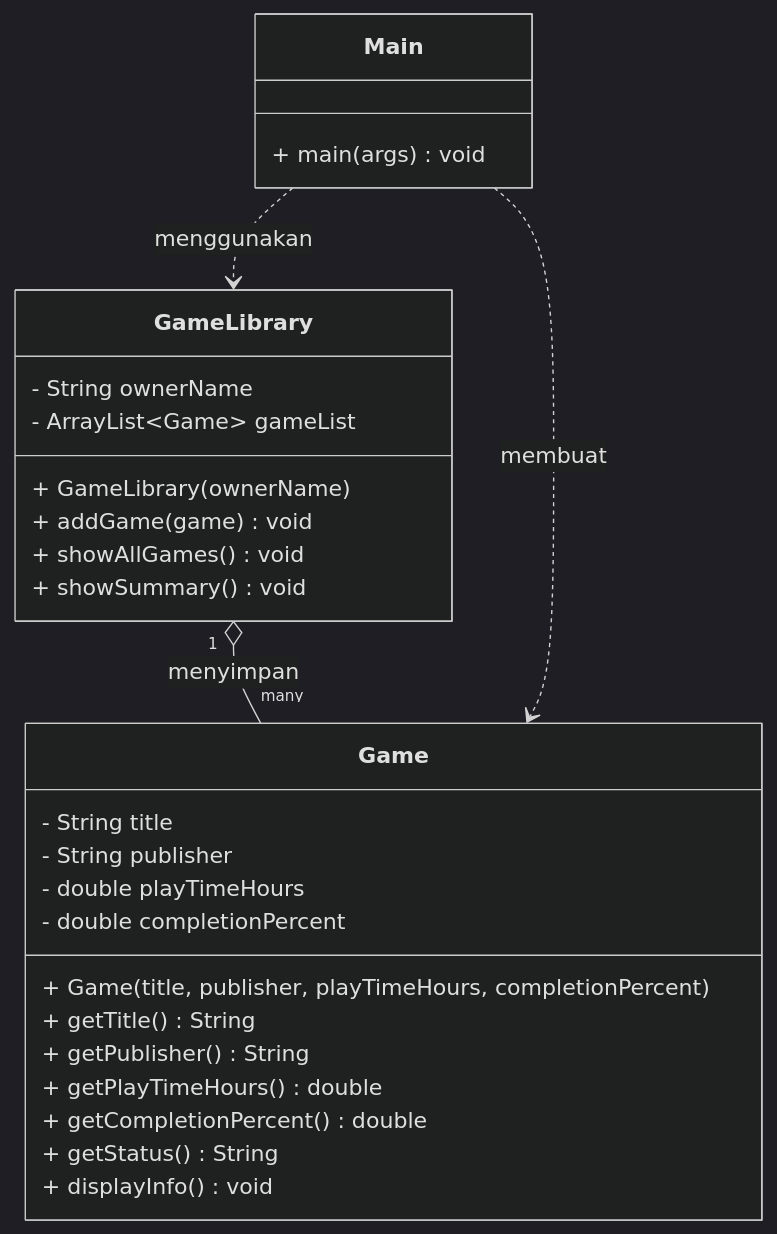
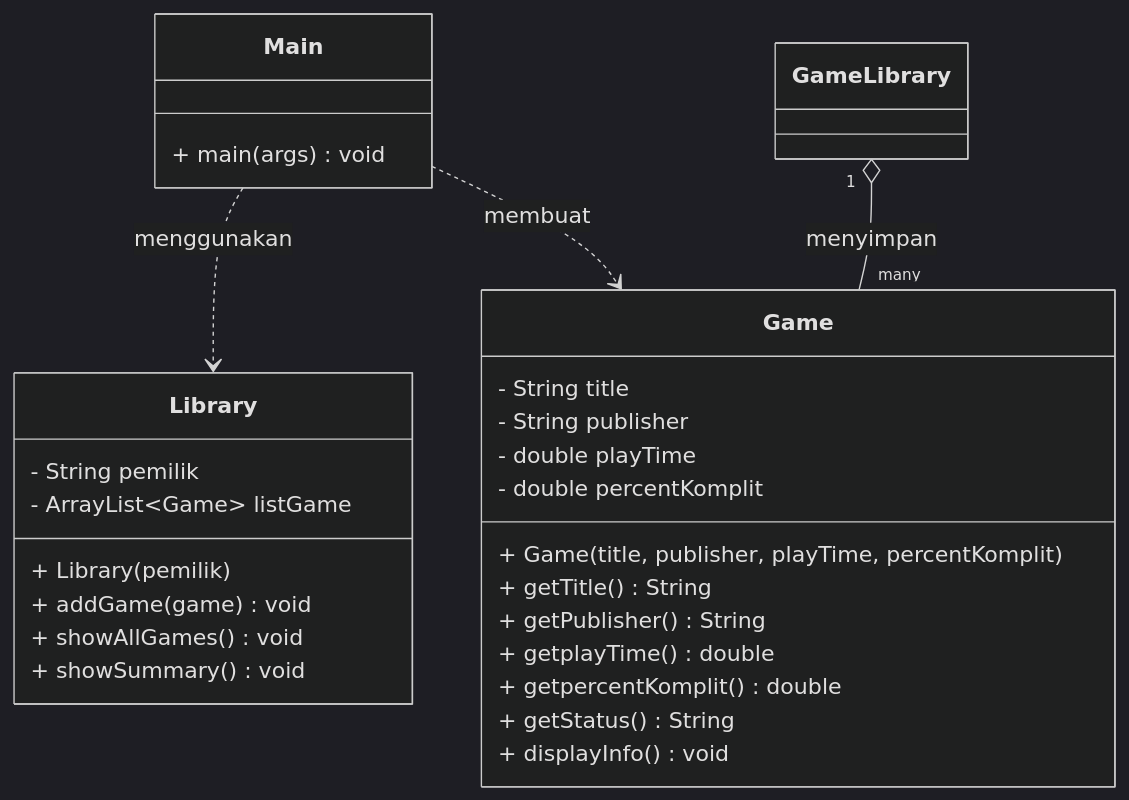
One commit to Arul-droid/StrukdatOOP-2-2026-IT-117 changed the diagram in README.md. Above: the diagram before and after it, drawn with Mermaid (dark theme).

````diff
--- a/README.md
+++ b/README.md
@@ -11,33 +11,33 @@
 ```mermaid
 classDiagram
     class Game {
         - String title
         - String publisher
-        - double playTimeHours
-        - double completionPercent
-        + Game(title, publisher, playTimeHours, completionPercent)
+        - double playTime
+        - double percentKomplit
+        + Game(title, publisher, playTime, percentKomplit)
         + getTitle() String
         + getPublisher() String
-        + getPlayTimeHours() double
-        + getCompletionPercent() double
+        + getplayTime() double
+        + getpercentKomplit() double
         + getStatus() String
         + displayInfo() void
     }
 
-    class GameLibrary {
-        - String ownerName
-        - ArrayList~Game~ gameList
-        + GameLibrary(ownerName)
+    class Library {
+        - String pemilik
+        - ArrayList~Game~ listGame
+        + Library(pemilik)
         + addGame(game) void
         + showAllGames() void
         + showSummary() void
     }
 
     class Main {
         + main(args) void
     }
 
     GameLibrary "1" o-- "many" Game : menyimpan
-    Main ..> GameLibrary : menggunakan
+    Main ..> Library : menggunakan
     Main ..> Game : membuat
 ```
````
